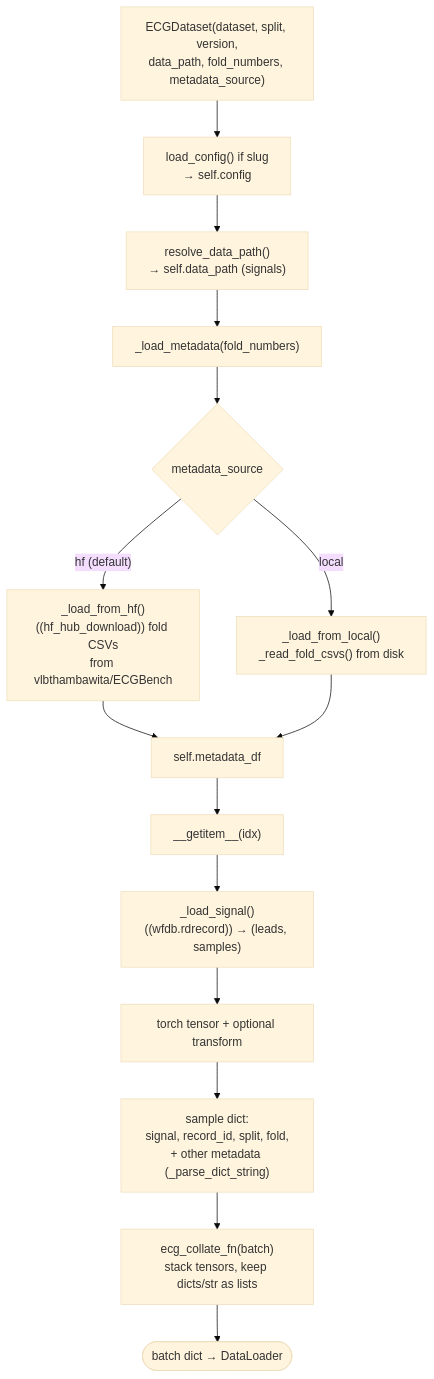
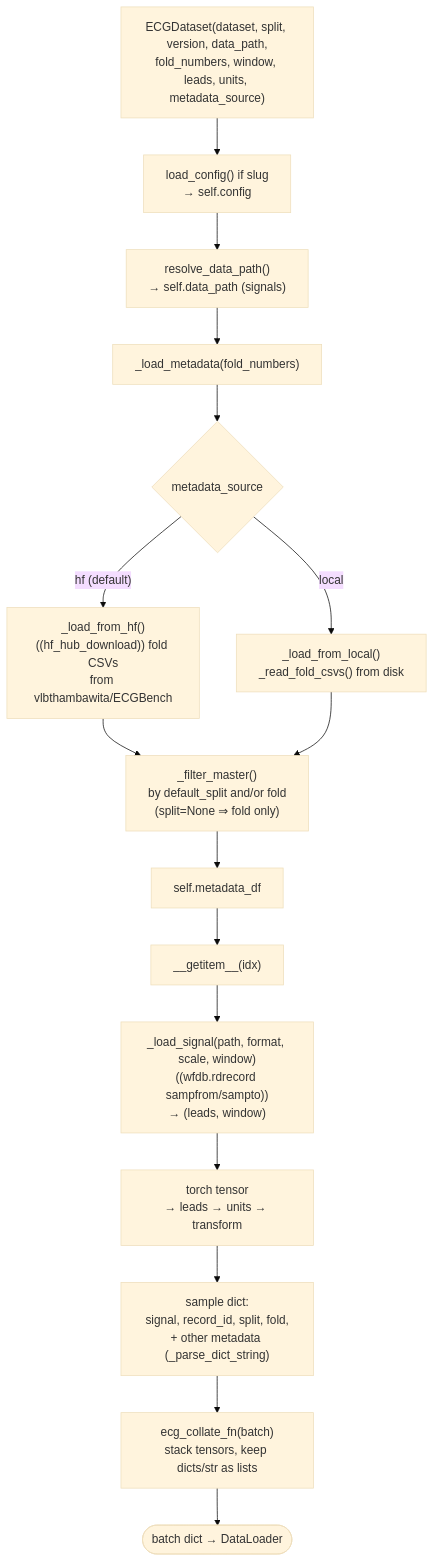
Before and after one commit to vlbthambawita/ECGBench: diagram 13 of 17 in ECGBench_architecture/ARCHITECTURE.md, drawn with Mermaid (base theme). The commit also changed other lines of this file and 6 other files, not shown here.

````diff
--- a/ECGBench_architecture/ARCHITECTURE.md
+++ b/ECGBench_architecture/ARCHITECTURE.md
@@ -440,20 +454,21 @@
 ```mermaid
 flowchart TD
-    init["ECGDataset(dataset, split, version,<br/>data_path, fold_numbers, metadata_source)"] --> cfg["load_config() if slug<br/>→ self.config"]
+    init["ECGDataset(dataset, split, version, data_path,<br/>fold_numbers, window, leads, units, metadata_source)"] --> cfg["load_config() if slug<br/>→ self.config"]
     cfg --> rdp["resolve_data_path()<br/>→ self.data_path (signals)"]
     rdp --> lmeta["_load_metadata(fold_numbers)"]
 
     lmeta --> src{metadata_source}
     src -- "hf (default)" --> hf["_load_from_hf()<br/>((hf_hub_download)) fold CSVs<br/>from vlbthambawita/ECGBench"]
     src -- local --> loc["_load_from_local()<br/>_read_fold_csvs() from disk"]
-    hf --> mdf["self.metadata_df"]
-    loc --> mdf
+    hf --> fil["_filter_master()<br/>by default_split and/or fold<br/>(split=None ⇒ fold only)"]
+    loc --> fil
+    fil --> mdf["self.metadata_df"]
 
     mdf --> getitem["__getitem__(idx)"]
-    getitem --> sig["_load_signal()<br/>((wfdb.rdrecord)) → (leads, samples)"]
-    sig --> t["torch tensor + optional transform"]
+    getitem --> sig["_load_signal(path, format, scale, window)<br/>((wfdb.rdrecord sampfrom/sampto))<br/>→ (leads, window)"]
+    sig --> t["torch tensor<br/>→ leads → units → transform"]
     t --> dict["sample dict:<br/>signal, record_id, split, fold,<br/>+ other metadata (_parse_dict_string)"]
 
     dict --> collate["ecg_collate_fn(batch)<br/>stack tensors, keep dicts/str as lists"]
     collate --> batch(["batch dict → DataLoader"])
 ```
````
